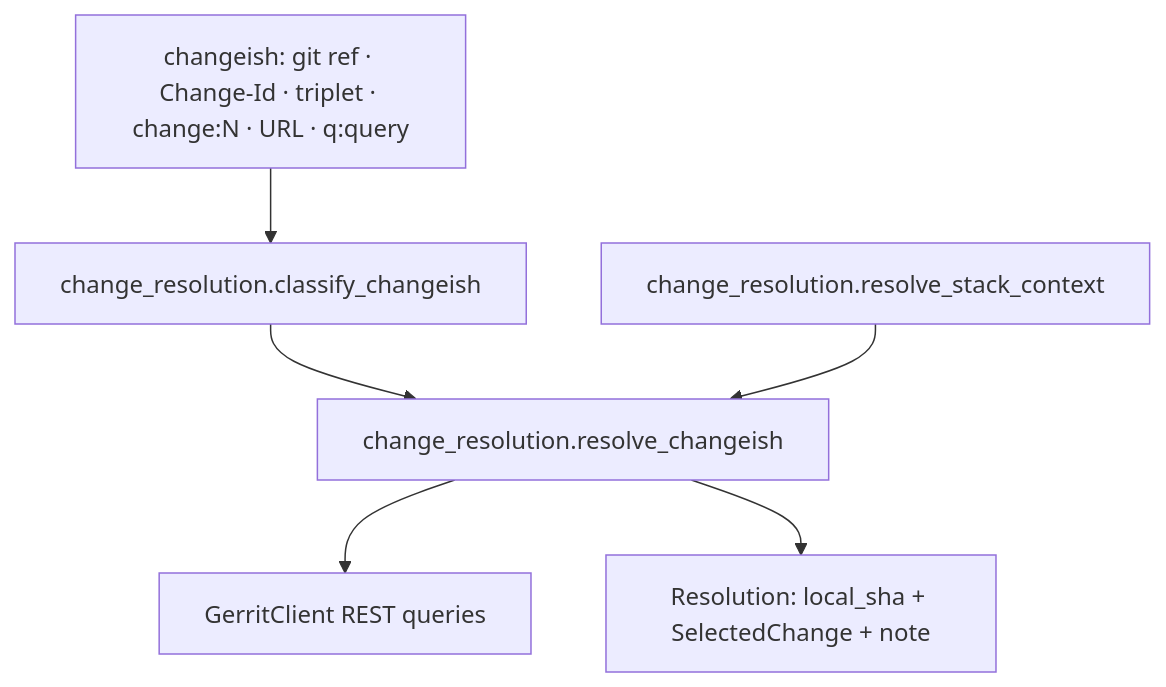
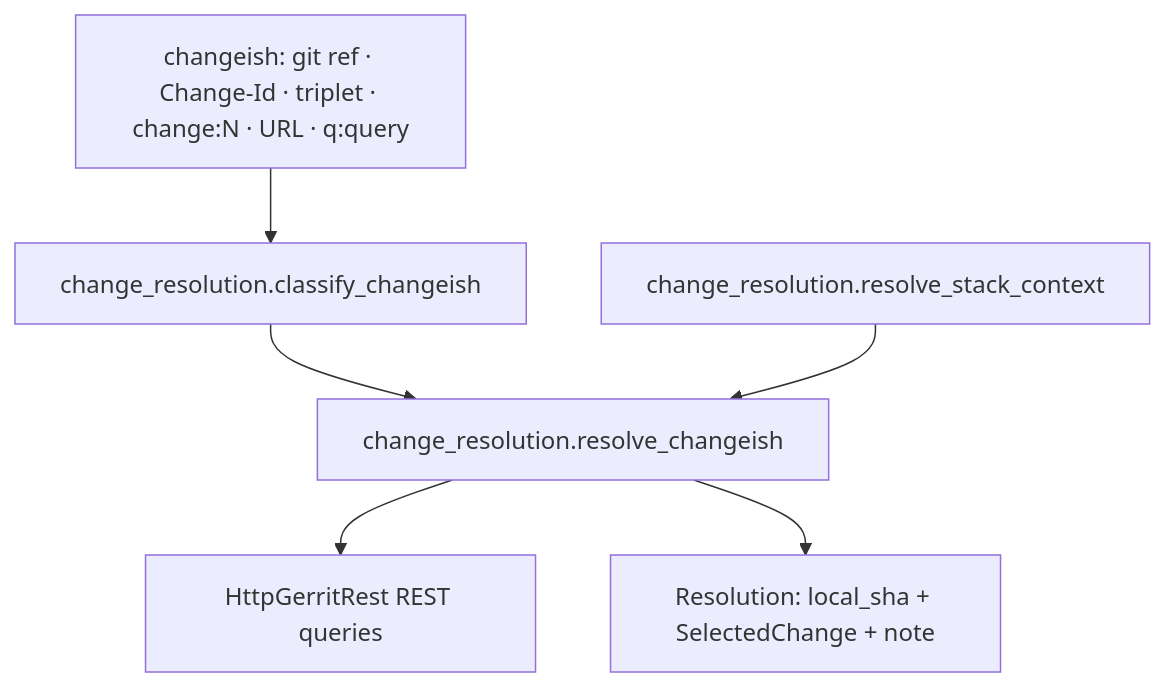
The sixth of 8 diagrams in docu/architecture.md (togrue/gerrit-workflow-tools), drawn with Mermaid before and after one commit. The commit also changed other lines of this file and 13 other files, not shown here.

First line of the commit message:
refactor(gerrit): rename GerritClient to HttpGerritRest

````diff
--- a/docu/architecture.md
+++ b/docu/architecture.md
@@ -213,15 +213,15 @@
 ```mermaid
 flowchart TB
   input[changeish: git ref · Change-Id · triplet · change:N · URL · q:query]
   classify[change_resolution.classify_changeish]
   stack_ctx[change_resolution.resolve_stack_context]
   resolve[change_resolution.resolve_changeish]
-  rest[GerritClient REST queries]
+  rest[HttpGerritRest REST queries]
   output[Resolution: local_sha + SelectedChange + note]
 
   input --> classify
   classify --> resolve
   stack_ctx --> resolve
   resolve --> rest
   resolve --> output
 ```
````
